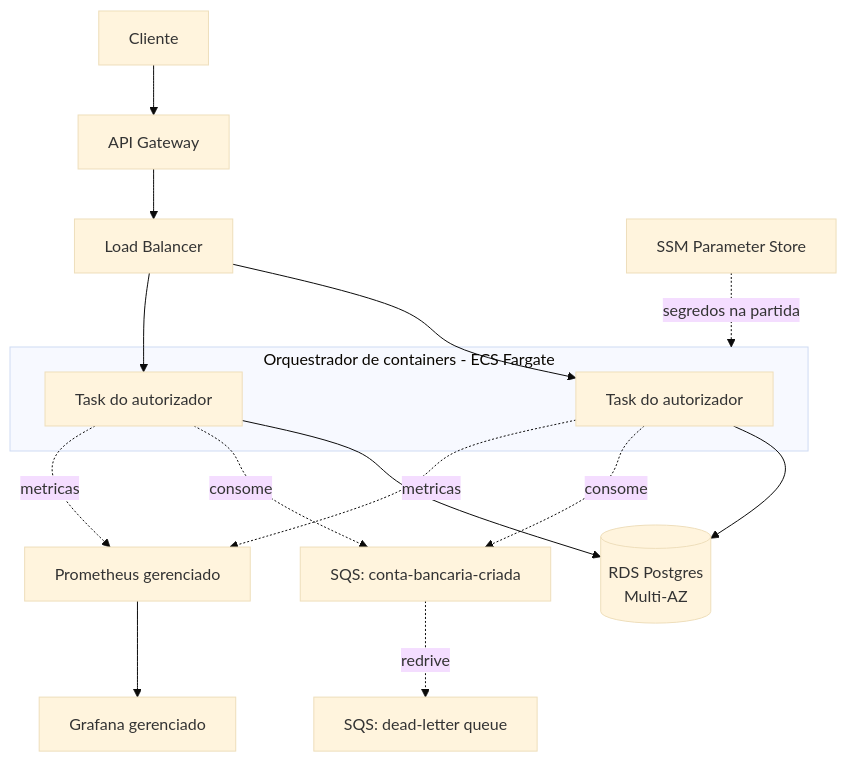
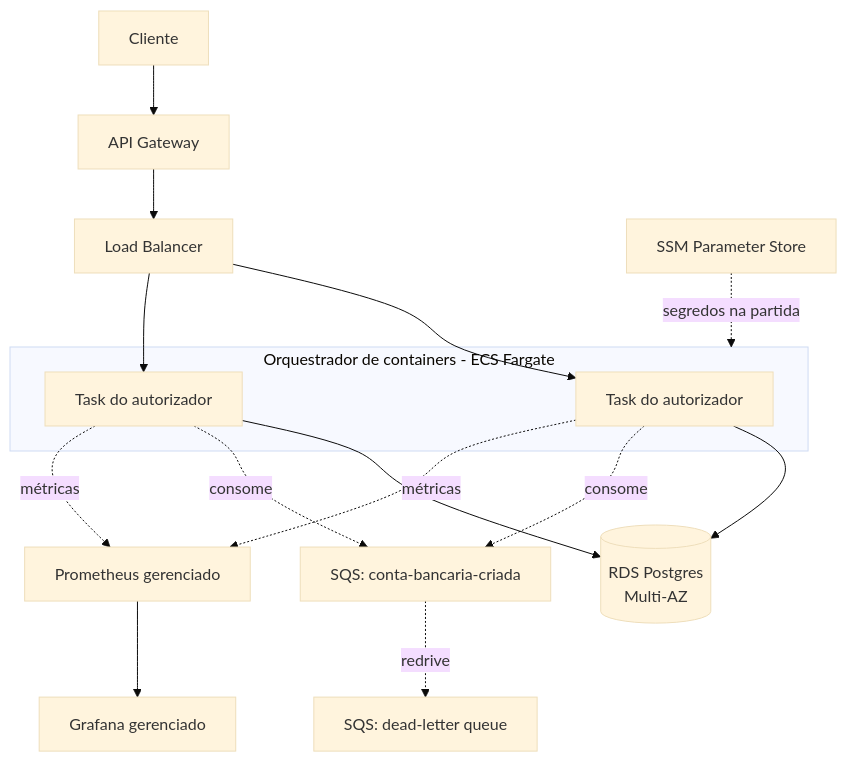
The first of 2 diagrams in docs/deploy.md (gabrielassisxyz/transaction-authorizer), drawn with Mermaid (base theme) before and after one commit. The commit also changed other lines of this file, not shown here.

First line of the commit message:
docs(deploy): acentos nos rótulos do diagrama e o gate apontando para as suas regras

````diff
--- a/docs/deploy.md
+++ b/docs/deploy.md
@@ -9,23 +9,23 @@
 ```mermaid
 flowchart TB
     client[Cliente] --> gw[API Gateway]
     gw --> lb[Load Balancer]
     lb --> app1[Task do autorizador]
     lb --> app2[Task do autorizador]
 
     subgraph orch[Orquestrador de containers - ECS Fargate]
         app1
         app2
     end
 
     app1 --> rds[(RDS Postgres<br/>Multi-AZ)]
     app2 --> rds
     app1 -.consome.-> sqs[SQS: conta-bancaria-criada]
     app2 -.consome.-> sqs
     sqs -.redrive.-> dlq[SQS: dead-letter queue]
 
     ssm[SSM Parameter Store] -.segredos na partida.-> orch
-    app1 -.metricas.-> prom[Prometheus gerenciado]
-    app2 -.metricas.-> prom
+    app1 -.métricas.-> prom[Prometheus gerenciado]
+    app2 -.métricas.-> prom
     prom --> graf[Grafana gerenciado]
 ```
````
